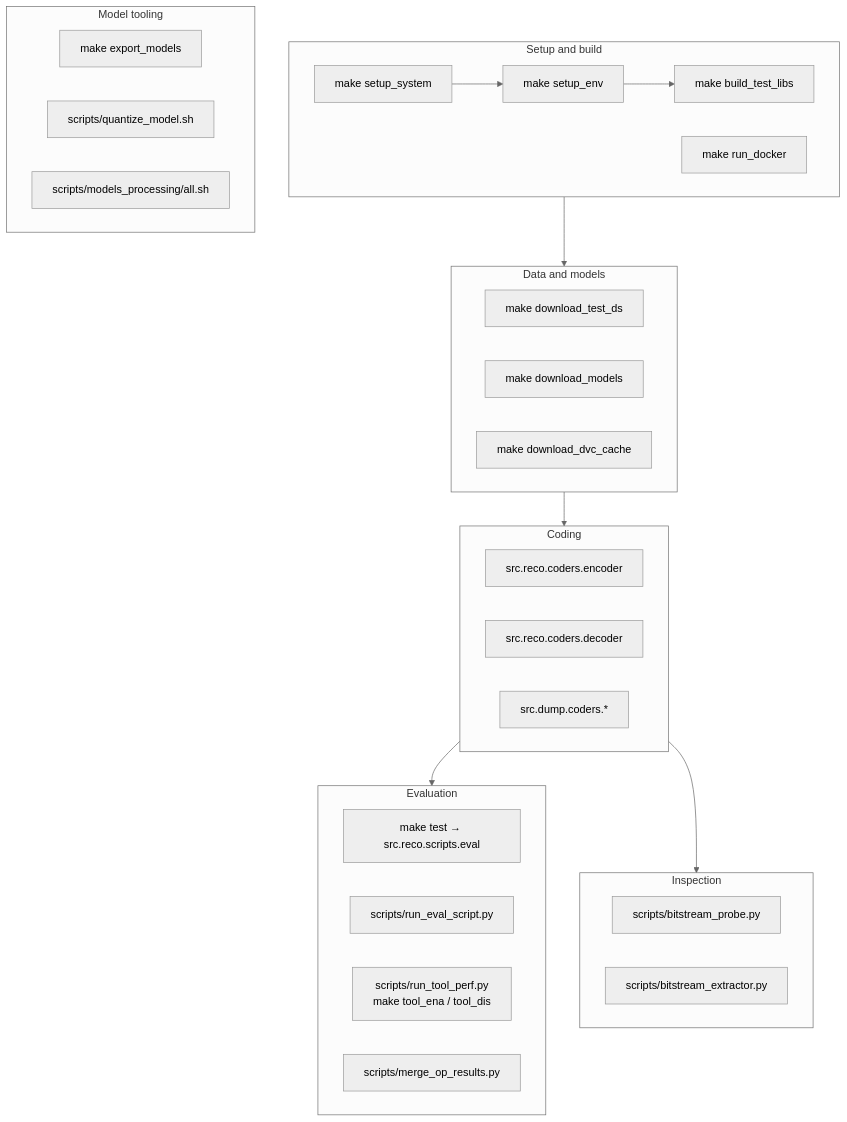
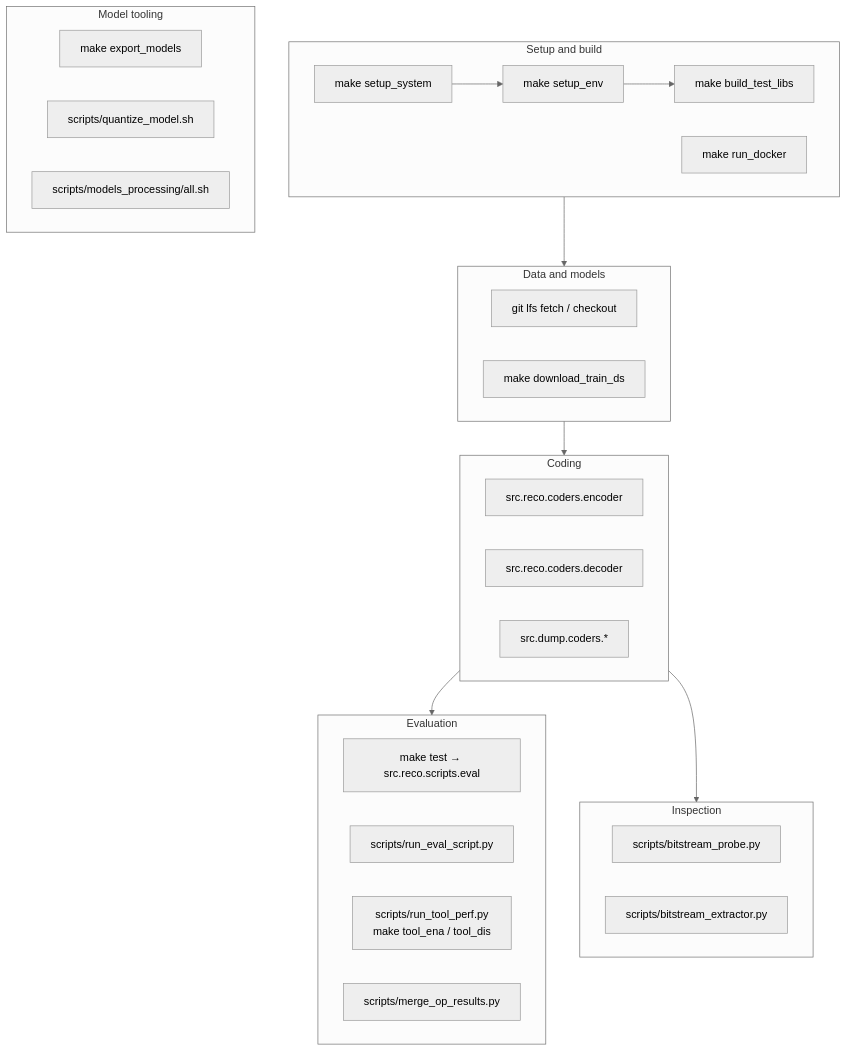
One commit to akarabutov/jpeg-ai-reference-software changed the diagram in docs/architecture/10-command-line-tools.md. Above: the diagram before and after it, drawn with Mermaid (neutral theme). The commit also changed other lines of this file and 7 other files, not shown here.

````diff
--- a/docs/architecture/10-command-line-tools.md
+++ b/docs/architecture/10-command-line-tools.md
@@ -5,40 +5,39 @@
 ```mermaid
 flowchart TB
     subgraph SETUP["Setup and build"]
         S1["make setup_system"] --> S2["make setup_env"] --> S3["make build_test_libs"]
         S4["make run_docker"]
     end
 
     subgraph DATA["Data and models"]
-        D1["make download_test_ds"]
-        D2["make download_models"]
-        D3["make download_dvc_cache"]
+        D1["git lfs fetch / checkout"]
+        D2["make download_train_ds"]
     end
 
     subgraph CODEC["Coding"]
         C1["src.reco.coders.encoder"]
         C2["src.reco.coders.decoder"]
         C3["src.dump.coders.*"]
     end
 
     subgraph EVAL["Evaluation"]
         E1["make test → src.reco.scripts.eval"]
         E2["scripts/run_eval_script.py"]
         E3["scripts/run_tool_perf.py<br/>make tool_ena / tool_dis"]
         E4["scripts/merge_op_results.py"]
     end
 
     subgraph INSPECT["Inspection"]
         I1["scripts/bitstream_probe.py"]
         I2["scripts/bitstream_extractor.py"]
     end
 
     subgraph MODELS["Model tooling"]
         M1["make export_models"]
         M2["scripts/quantize_model.sh"]
         M3["scripts/models_processing/all.sh"]
     end
 
     SETUP --> DATA --> CODEC --> EVAL
     CODEC --> INSPECT
 ```
````
